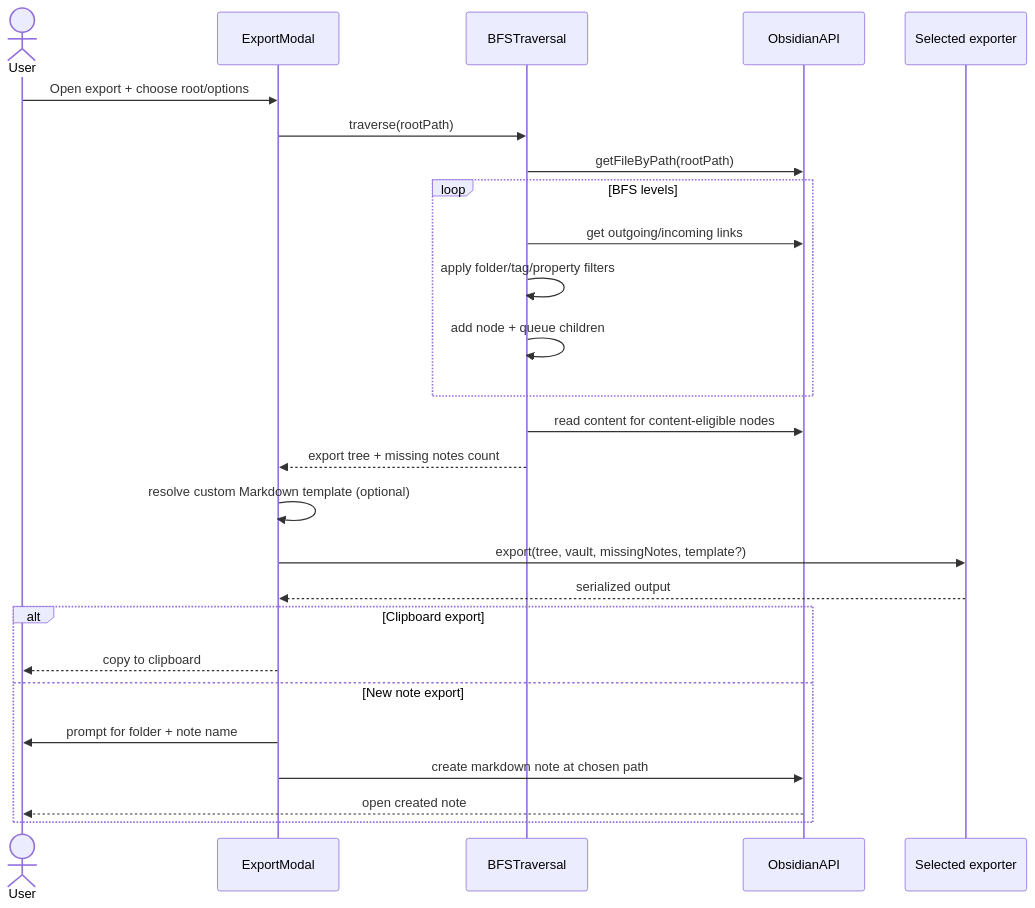
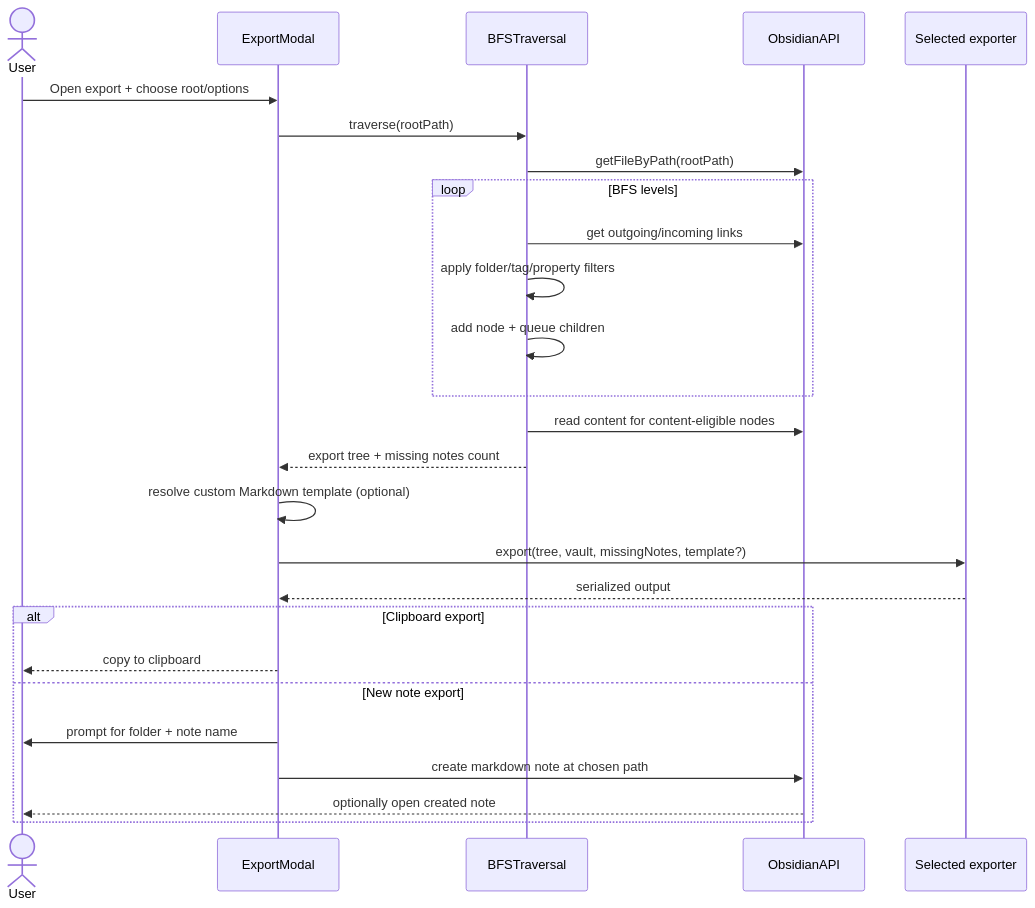
The first of 3 diagrams in docs/export-architecture.md (LittleHaku/obsidian-smart-export), drawn with Mermaid before and after one commit. The commit also changed other lines of this file and 11 other files, not shown here.

````diff
--- a/docs/export-architecture.md
+++ b/docs/export-architecture.md
@@ -22,29 +22,29 @@
 ```mermaid
 sequenceDiagram
     actor User
     participant Modal as ExportModal
     participant Traversal as BFSTraversal
     participant API as ObsidianAPI
     participant Exporter as Selected exporter
 
     User->>Modal: Open export + choose root/options
     Modal->>Traversal: traverse(rootPath)
     Traversal->>API: getFileByPath(rootPath)
     loop BFS levels
         Traversal->>API: get outgoing/incoming links
         Traversal->>Traversal: apply folder/tag/property filters
         Traversal->>Traversal: add node + queue children
     end
     Traversal->>API: read content for content-eligible nodes
     Traversal-->>Modal: export tree + missing notes count
     Modal->>Modal: resolve custom Markdown template (optional)
     Modal->>Exporter: export(tree, vault, missingNotes, template?)
     Exporter-->>Modal: serialized output
     alt Clipboard export
         Modal-->>User: copy to clipboard
     else New note export
         Modal->>User: prompt for folder + note name
         Modal->>API: create markdown note at chosen path
-        API-->>User: open created note
+        API-->>User: optionally open created note
     end
 ```
````
